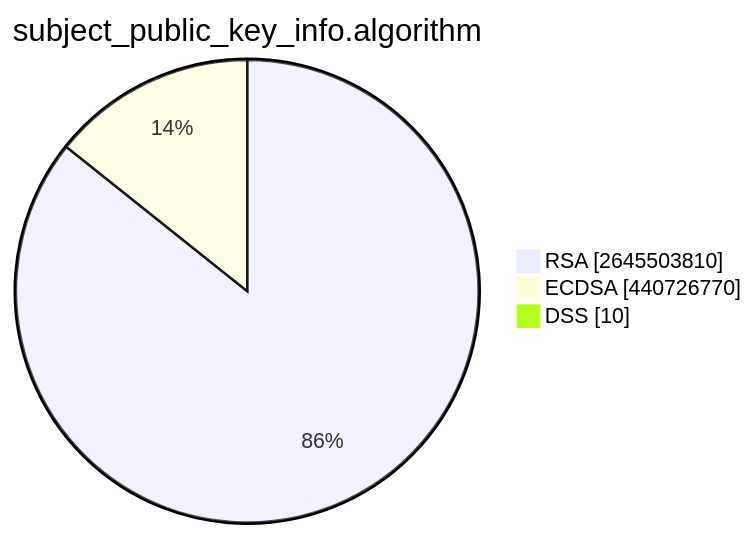
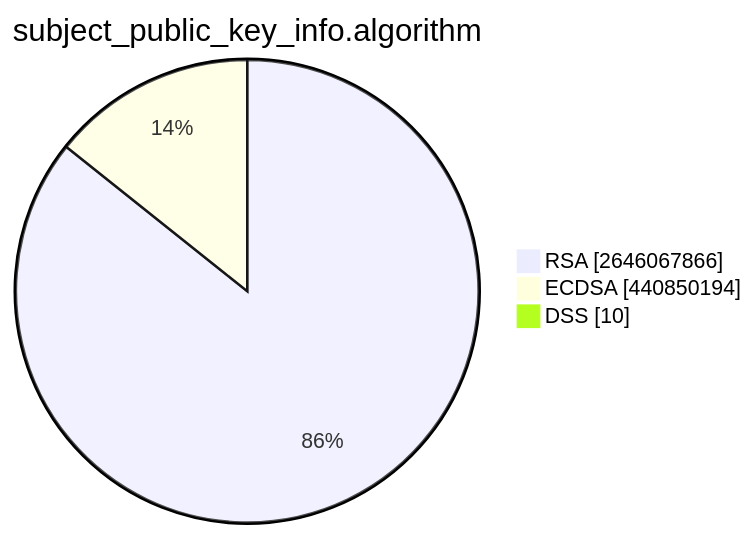
One commit to christiankrug/ctmonitor_visualization changed the second of 15 diagrams in TOTAL/README.md. Above: the diagram before and after it, drawn with Mermaid. The commit also changed other lines of this file, not shown here.

````diff
--- a/TOTAL/README.md
+++ b/TOTAL/README.md
@@ -6,7 +6,7 @@
 ```mermaid
 pie showData
 title subject_public_key_info.algorithm
-"RSA" :2645503810
-"ECDSA" :440726770
+"RSA" :2646067866
+"ECDSA" :440850194
 "DSS" :10
 ```
````
